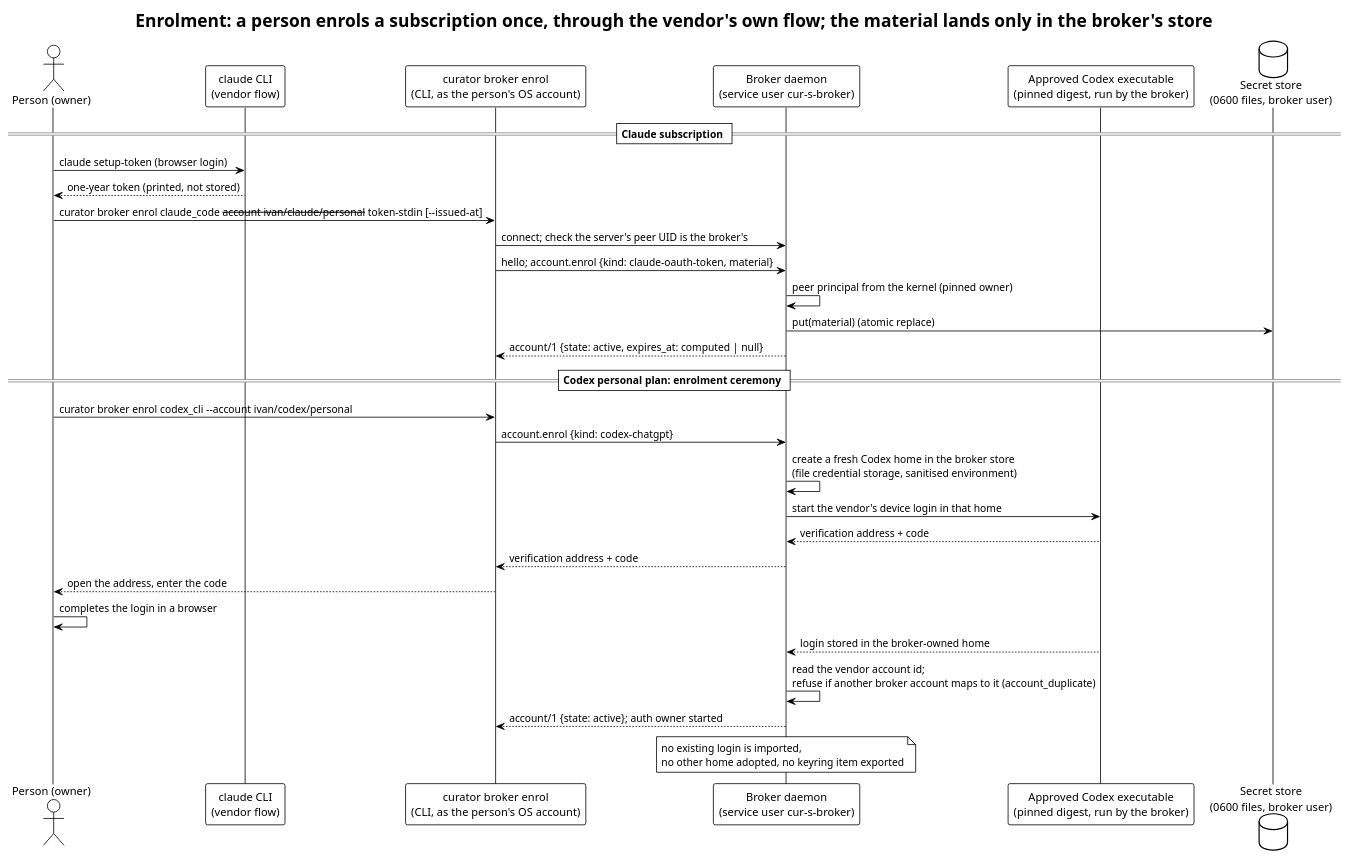
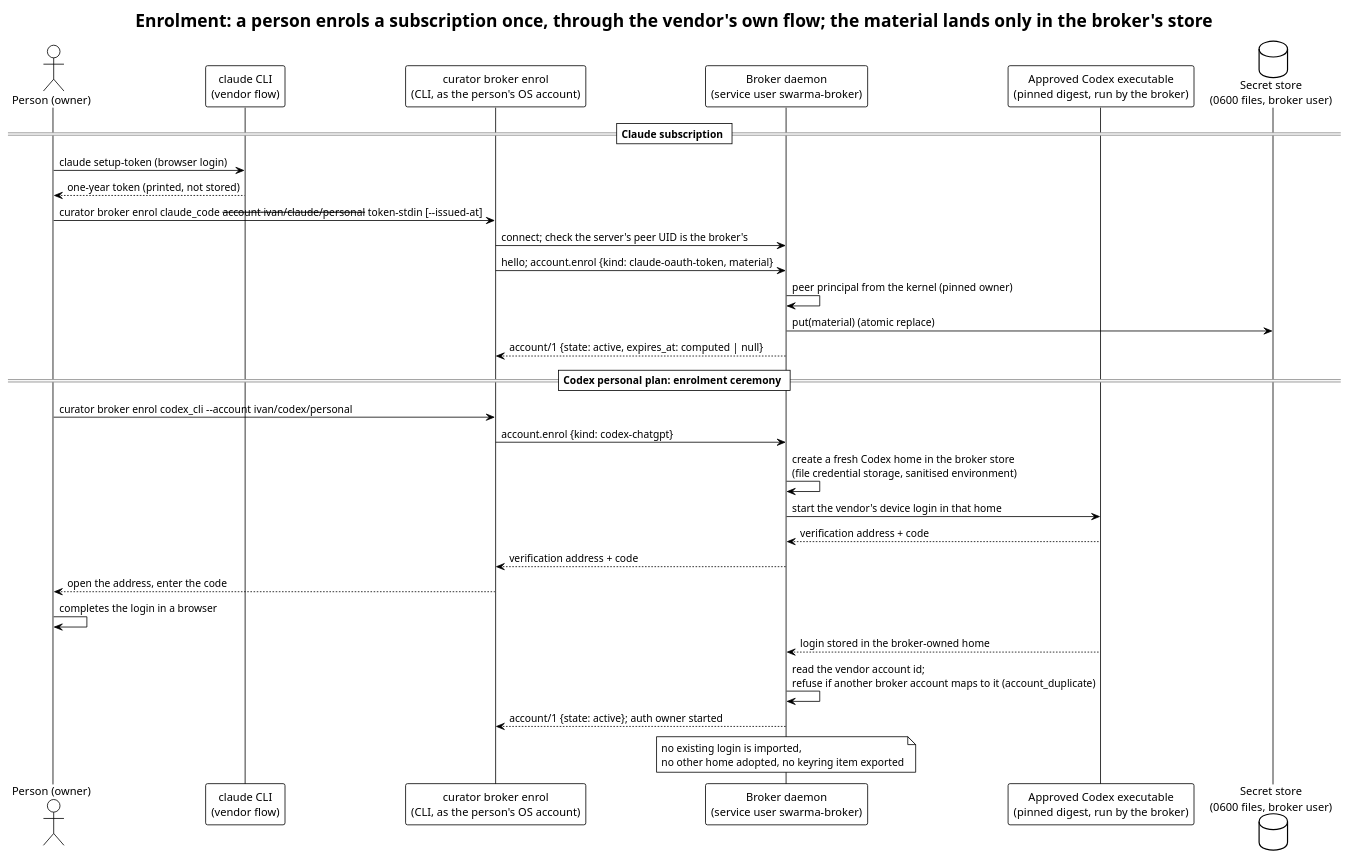
One commit to relux-works/curator-credential-broker changed the diagram in diagrams/enrol.puml. Above: the diagram before and after it, drawn with PlantUML. The commit also changed 4 other files, not shown here.

First line of the commit message:
Revise the broker (v0.3): caller authorization dependency, frozen vocabulary, swarma paths

```diff
--- a/diagrams/enrol.puml
+++ b/diagrams/enrol.puml
@@ -1,35 +1,35 @@
 @startuml enrol
 !theme plain
 title Enrolment: a person enrols a subscription once, through the vendor's own flow; the material lands only in the broker's store
 
 actor "Person (owner)" as P
 participant "claude CLI\n(vendor flow)" as V
 participant "curator broker enrol\n(CLI, as the person's OS account)" as C
-participant "Broker daemon\n(service user cur-s-broker)" as B
+participant "Broker daemon\n(service user swarma-broker)" as B
 participant "Approved Codex executable\n(pinned digest, run by the broker)" as X
 database "Secret store\n(0600 files, broker user)" as S
 
 == Claude subscription ==
 P -> V: claude setup-token (browser login)
 V --> P: one-year token (printed, not stored)
 P -> C: curator broker enrol claude_code --account ivan/claude/personal --token-stdin [--issued-at]
 C -> B: connect; check the server's peer UID is the broker's
 C -> B: hello; account.enrol {kind: claude-oauth-token, material}
 B -> B: peer principal from the kernel (pinned owner)
 B -> S: put(material) (atomic replace)
 B --> C: account/1 {state: active, expires_at: computed | null}
 
 == Codex personal plan: enrolment ceremony ==
 P -> C: curator broker enrol codex_cli --account ivan/codex/personal
 C -> B: account.enrol {kind: codex-chatgpt}
 B -> B: create a fresh Codex home in the broker store\n(file credential storage, sanitised environment)
 B -> X: start the vendor's device login in that home
 X --> B: verification address + code
 B --> C: verification address + code
 C --> P: open the address, enter the code
 P -> P: completes the login in a browser
 X --> B: login stored in the broker-owned home
 B -> B: read the vendor account id;\nrefuse if another broker account maps to it (account_duplicate)
 B --> C: account/1 {state: active}; auth owner started
 note over B: no existing login is imported,\nno other home adopted, no keyring item exported
 @enduml
```
